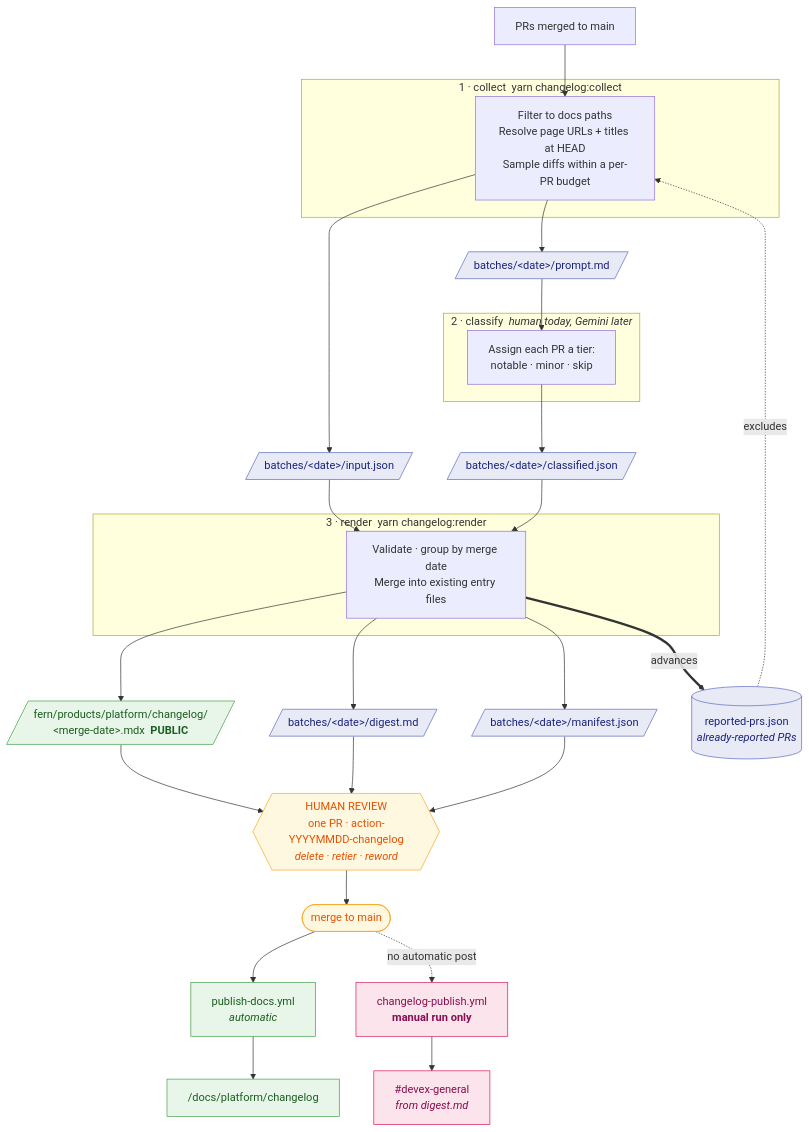
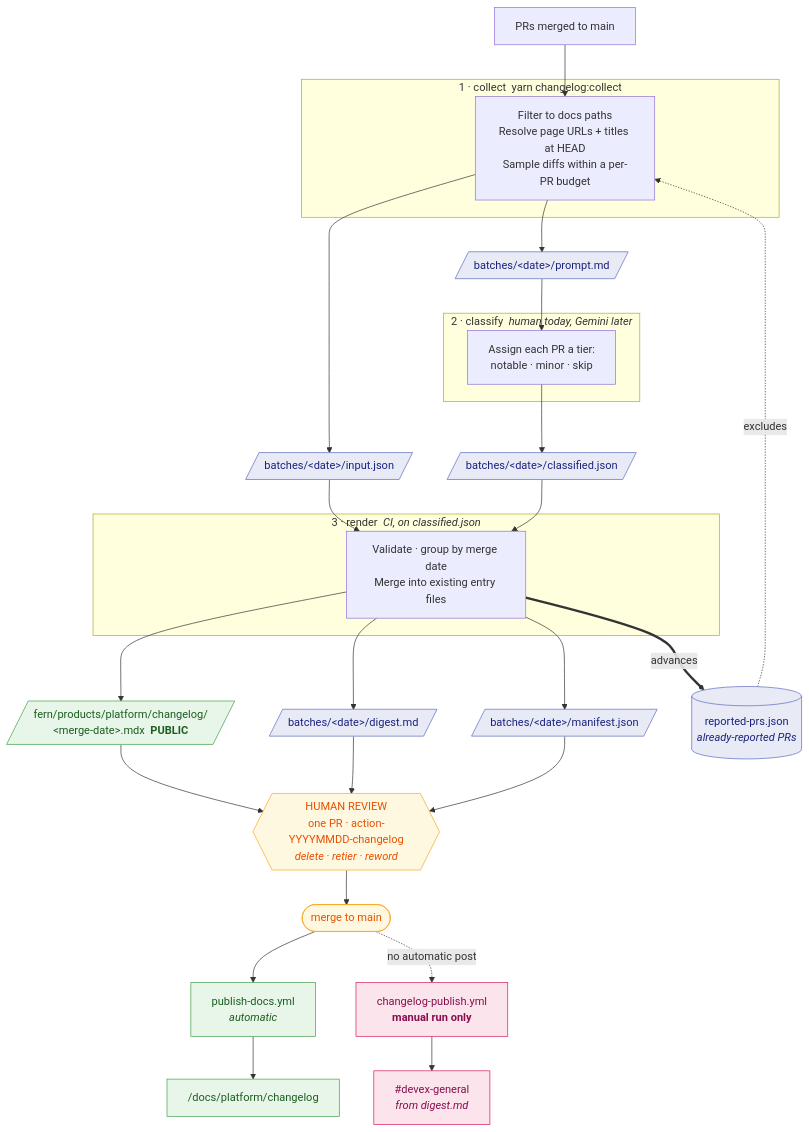
The diagram in .github/changelog-state/README.md (signalwire/docs), drawn with Mermaid before and after one commit. The commit also changed other lines of this file and 2 other files, not shown here.

Commit message:
feat(changelog): render in CI when classified.json lands on the draft branch

````diff
--- a/.github/changelog-state/README.md
+++ b/.github/changelog-state/README.md
@@ -14,52 +14,52 @@
 ```mermaid
 flowchart TD
     PRs["PRs merged to main"] --> Collect
 
     subgraph S1["1 · collect &nbsp;yarn changelog:collect"]
         Collect["Filter to docs paths<br/>Resolve page URLs + titles at HEAD<br/>Sample diffs within a per-PR budget"]
     end
 
     Ledger[("reported-prs.json<br/><i>already-reported PRs</i>")] -.->|"excludes"| Collect
     Collect --> Input[/"batches/&lt;date&gt;/input.json"/]
     Collect --> Prompt[/"batches/&lt;date&gt;/prompt.md"/]
 
     subgraph S2["2 · classify &nbsp;<i>human today, Gemini later</i>"]
         Classify["Assign each PR a tier:<br/>notable · minor · skip"]
     end
 
     Prompt --> Classify
     Classify --> Classified[/"batches/&lt;date&gt;/classified.json"/]
 
-    subgraph S3["3 · render &nbsp;yarn changelog:render"]
+    subgraph S3["3 · render &nbsp;<i>CI, on classified.json</i>"]
         Render["Validate · group by merge date<br/>Merge into existing entry files"]
     end
 
     Input --> Render
     Classified --> Render
 
     Render --> Entries[/"fern/products/platform/changelog/<br/>&lt;merge-date&gt;.mdx &nbsp;<b>PUBLIC</b>"/]
     Render --> Digest[/"batches/&lt;date&gt;/digest.md"/]
     Render --> Manifest[/"batches/&lt;date&gt;/manifest.json"/]
     Render ==>|"advances"| Ledger
 
     Entries --> Review
     Digest --> Review
     Manifest --> Review
 
     Review{{"HUMAN REVIEW<br/>one PR · action-YYYYMMDD-changelog<br/><i>delete · retier · reword</i>"}} --> Merge(["merge to main"])
 
     Merge --> Deploy["publish-docs.yml<br/><i>automatic</i>"]
     Deploy --> Live["/docs/platform/changelog"]
 
     Merge -.->|"no automatic post"| Manual
     Manual["changelog-publish.yml<br/><b>manual run only</b>"] --> Slack["#devex-general<br/><i>from digest.md</i>"]
 
     classDef state fill:#e8eaf6,stroke:#5c6bc0,color:#1a237e
     classDef public fill:#e8f5e9,stroke:#43a047,color:#1b5e20
     classDef gate fill:#fff8e1,stroke:#f9a825,color:#e65100
     classDef manual fill:#fce4ec,stroke:#d81b60,color:#880e4f
     class Input,Prompt,Classified,Digest,Manifest,Ledger state
     class Entries,Live,Deploy public
     class Review,Merge gate
     class Manual,Slack manual
 ```
````
